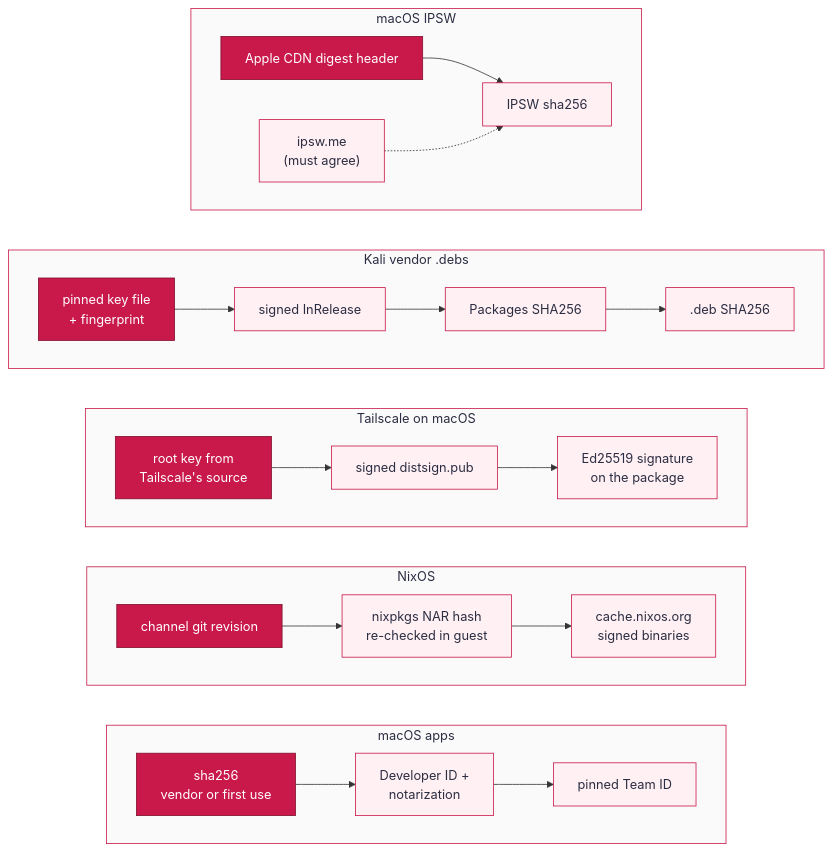
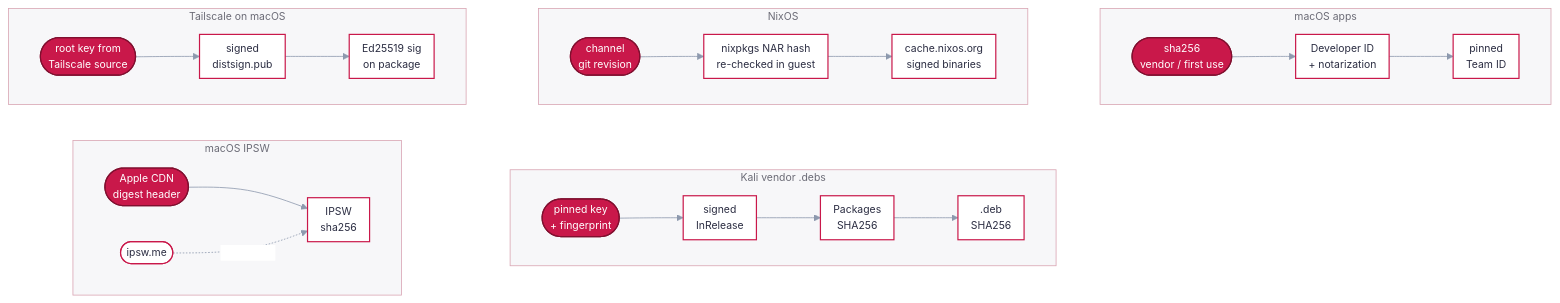
One commit to errantpacket/RhubarbTart changed the fourth of 5 diagrams in README.md. Above: the diagram before and after it, drawn with Mermaid. The commit also changed other lines of this file and 16 other files, not shown here.

````diff
--- a/README.md
+++ b/README.md
@@ -248,35 +300,37 @@
 ```mermaid
-flowchart TB
-    subgraph IPSW["macOS IPSW"]
+%%{init: {'theme':'base','fontFamily':'ui-sans-serif, system-ui, -apple-system, Helvetica, Arial, sans-serif','themeVariables':{'primaryColor':'#ffffff','primaryTextColor':'#2b2d42','primaryBorderColor':'#c9184a','lineColor':'#8d99ae','edgeLabelBackground':'#ffffff','fontSize':'13px'},'flowchart':{'curve':'basis','nodeSpacing':45,'rankSpacing':55,'padding':8,'useMaxWidth':true}}}%%
+flowchart LR
+    subgraph IPSW["&nbsp;macOS IPSW&nbsp;"]
         direction LR
-        A1["Apple CDN digest header"] --> A3["IPSW sha256"]
-        A2["ipsw.me<br/>(must agree)"] -.-> A3
+        A1(["Apple CDN<br/>digest header"]) --> A3["IPSW<br/>sha256"]
+        A2(["ipsw.me"]) -.->|"must agree"| A3
     end
-    subgraph APT["Kali vendor .debs"]
+    subgraph APT["&nbsp;Kali vendor .debs&nbsp;"]
         direction LR
-        K1["pinned key file<br/>+ fingerprint"] --> K2["signed InRelease"] --> K3["Packages SHA256"] --> K4[".deb SHA256"]
+        K1(["pinned key<br/>+ fingerprint"]) --> K2["signed<br/>InRelease"] --> K3["Packages<br/>SHA256"] --> K4[".deb<br/>SHA256"]
     end
-    subgraph TSD["Tailscale on macOS"]
+    subgraph TSD["&nbsp;Tailscale on macOS&nbsp;"]
         direction LR
-        T1["root key from<br/>Tailscale's source"] --> T2["signed distsign.pub"] --> T3["Ed25519 signature<br/>on the package"]
+        T1(["root key from<br/>Tailscale source"]) --> T2["signed<br/>distsign.pub"] --> T3["Ed25519 sig<br/>on package"]
     end
-    subgraph NIX["NixOS"]
+    subgraph NIX["&nbsp;NixOS&nbsp;"]
         direction LR
-        N1["channel git revision"] --> N2["nixpkgs NAR hash<br/>re-checked in guest"] --> N3["cache.nixos.org<br/>signed binaries"]
+        N1(["channel<br/>git revision"]) --> N2["nixpkgs NAR hash<br/>re-checked in guest"] --> N3["cache.nixos.org<br/>signed binaries"]
     end
-    subgraph MAC["macOS apps"]
+    subgraph MAC["&nbsp;macOS apps&nbsp;"]
         direction LR
-        M1["sha256<br/>vendor or first use"] --> M2["Developer ID +<br/>notarization"] --> M3["pinned Team ID"]
+        M1(["sha256<br/>vendor / first use"]) --> M2["Developer ID<br/>+ notarization"] --> M3["pinned<br/>Team ID"]
     end
-    IPSW ~~~ APT ~~~ TSD ~~~ NIX ~~~ MAC
+    IPSW ~~~ APT
+    TSD ~~~ NIX ~~~ MAC
 
-    classDef root fill:#c9184a,stroke:#800f2f,color:#ffffff
-    classDef link fill:#fff0f3,stroke:#c9184a,color:#2b2d42
+    classDef root fill:#c9184a,stroke:#800f2f,stroke-width:1.5px,color:#ffffff
+    classDef link fill:#ffffff,stroke:#c9184a,stroke-width:1.5px,color:#2b2d42
     class A1,K1,T1,N1,M1 root
     class A2,A3,K2,K3,K4,T2,T3,N2,N3,M2,M3 link
-    style IPSW fill:#fafafa,stroke:#c9184a,color:#2b2d42
-    style APT fill:#fafafa,stroke:#c9184a,color:#2b2d42
-    style TSD fill:#fafafa,stroke:#c9184a,color:#2b2d42
-    style NIX fill:#fafafa,stroke:#c9184a,color:#2b2d42
-    style MAC fill:#fafafa,stroke:#c9184a,color:#2b2d42
+    style IPSW fill:#f7f7f9,stroke:#d9a5b3,color:#6b6b76
+    style APT fill:#f7f7f9,stroke:#d9a5b3,color:#6b6b76
+    style TSD fill:#f7f7f9,stroke:#d9a5b3,color:#6b6b76
+    style NIX fill:#f7f7f9,stroke:#d9a5b3,color:#6b6b76
+    style MAC fill:#f7f7f9,stroke:#d9a5b3,color:#6b6b76
 ```
````
